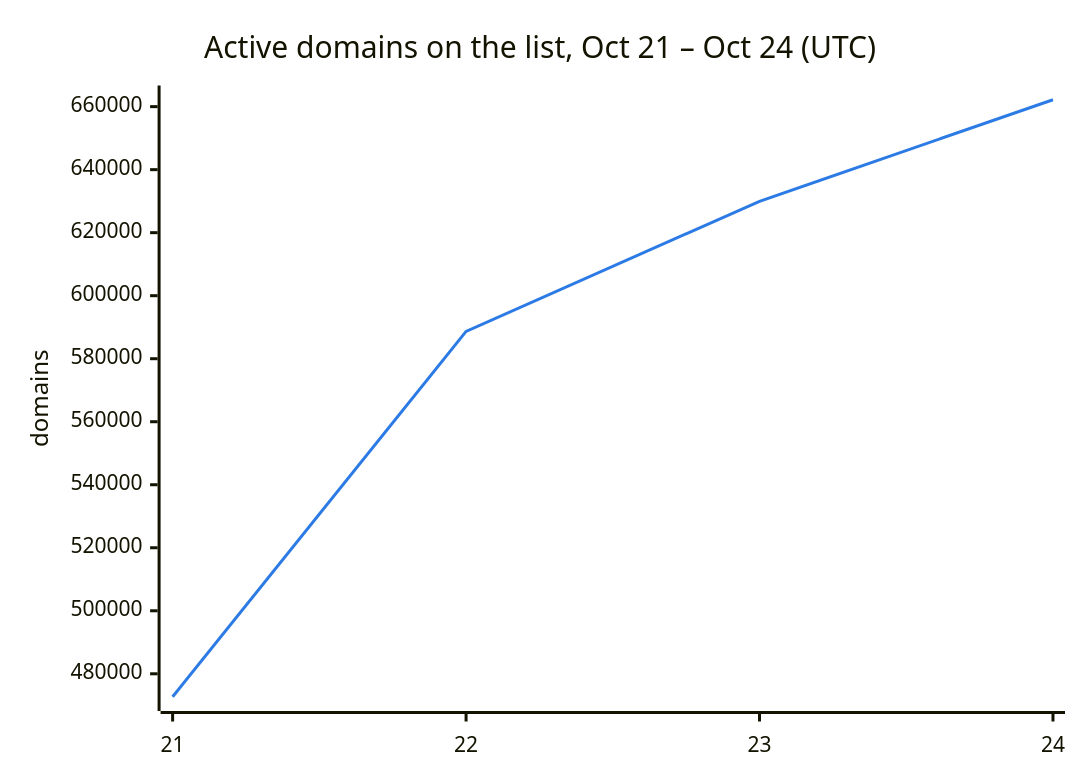
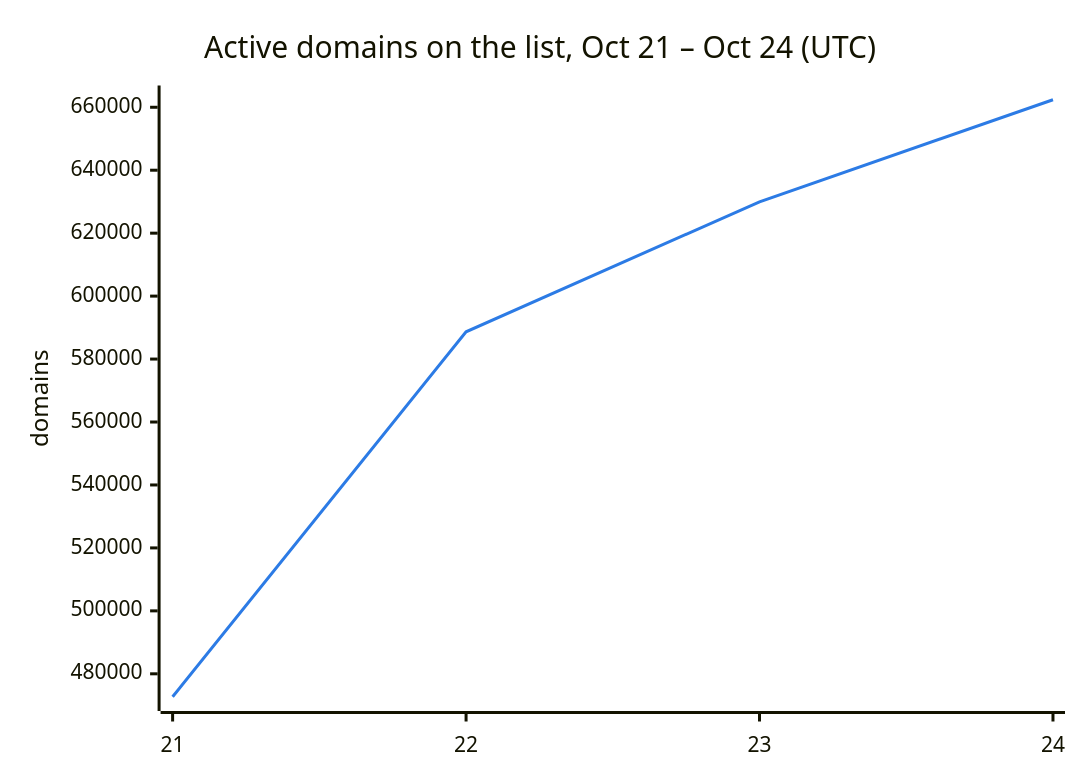
The second of 3 diagrams in README.md (DNSBunker/CTI), drawn with Mermaid before and after one commit. The commit also changed other lines of this file and 3 other files, not shown here.

````diff
--- a/README.md
+++ b/README.md
@@ -38,8 +38,8 @@
 ```mermaid
 %%{init: {"themeVariables": {"xyChart": {"plotColorPalette": "#2c7be5"}}}}%%
 xychart-beta
     title "Active domains on the list, Oct 21 – Oct 24 (UTC)"
     x-axis ["21", "22", "23", "24"]
     y-axis "domains"
-    line [472713, 588659, 629951, 662188]
+    line [472713, 588659, 629951, 662388]
 ```
````
